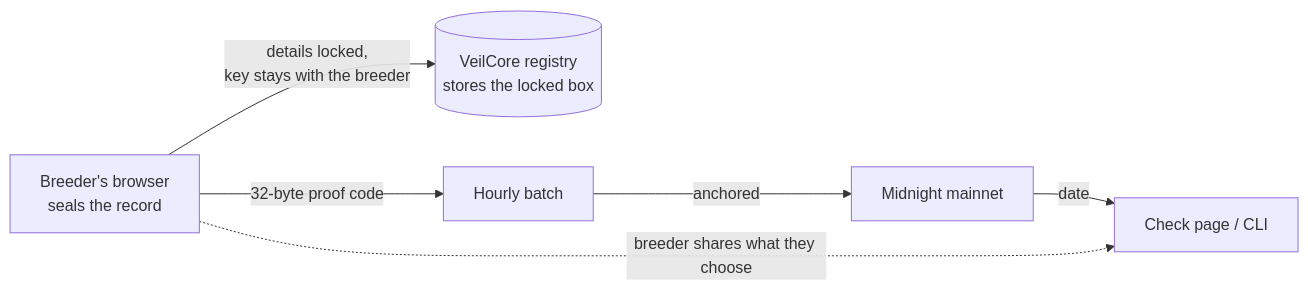
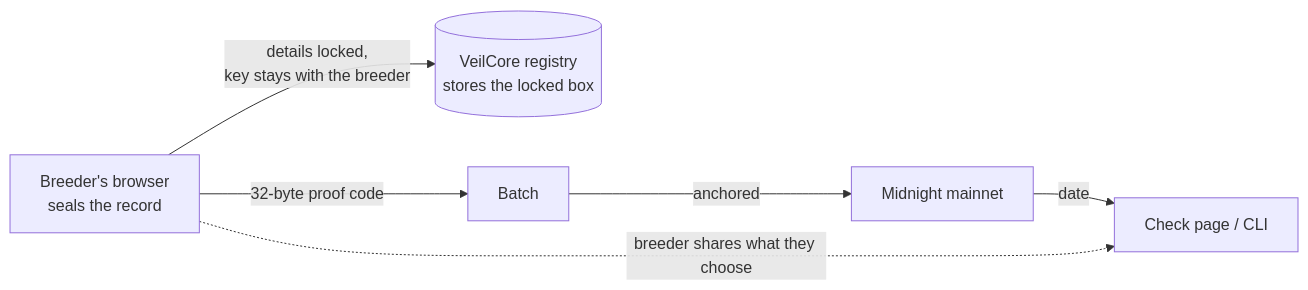
The diagram in README.md (hunterincoming/veilcore), drawn with Mermaid before and after one commit. The commit also changed other lines of this file and 12 other files, not shown here.

````diff
--- a/README.md
+++ b/README.md
@@ -15,8 +15,8 @@
 ```mermaid
 flowchart LR
   A["Breeder's browser<br/>seals the record"] -->|"details locked,<br/>key stays with the breeder"| R[("VeilCore registry<br/>stores the locked box")]
-  A -->|"32-byte proof code"| B["Hourly batch"]
+  A -->|"32-byte proof code"| B["Batch"]
   B -->|"anchored"| M["Midnight mainnet"]
   M -->|"date"| V["Check page / CLI"]
   A -. "breeder shares what they choose" .-> V
 ```
````
